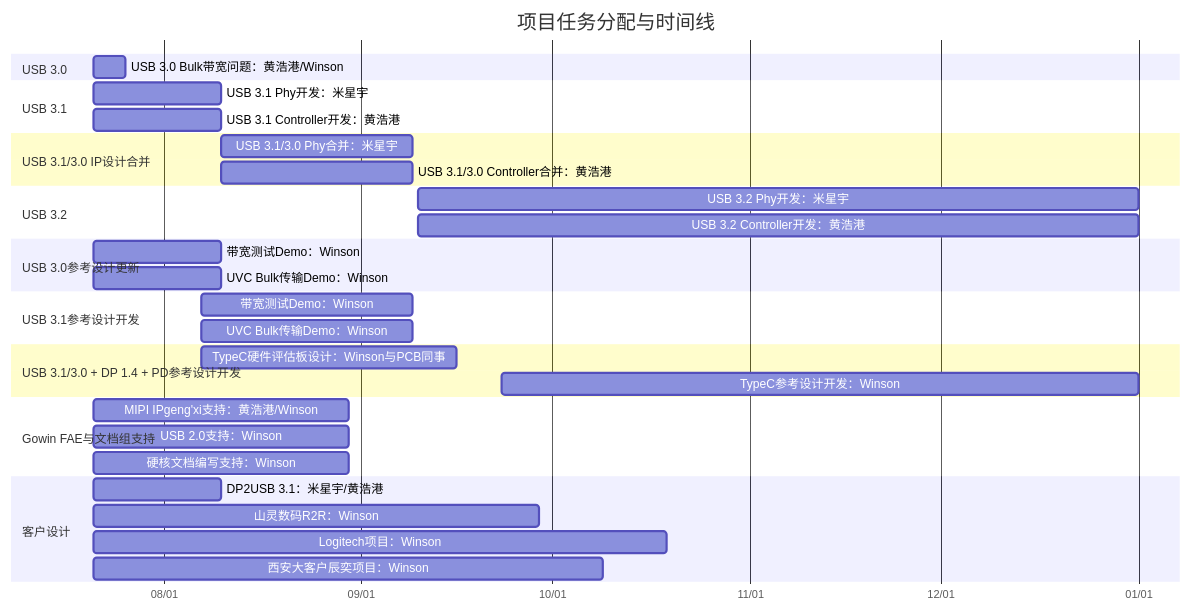
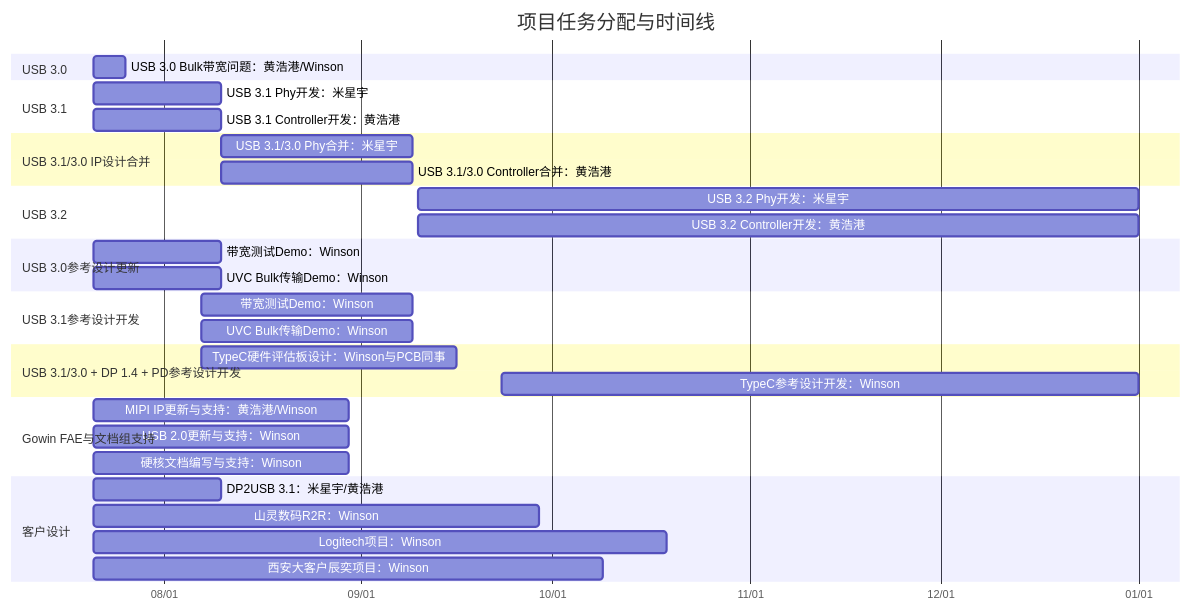
One commit to winsonbook/iodraw-files changed the diagram in all/未命名.md. Above: the diagram before and after it, drawn with Mermaid.

Commit message:
2025-07-21 10:37:04 update

````diff
--- a/all/未命名.md
+++ b/all/未命名.md
@@ -1,44 +1,44 @@
 ```mermaid
 gantt
     title 项目任务分配与时间线
     dateFormat  YYYY-MM-DD
     axisFormat  %m/%d
 
     section USB 3.0
     USB 3.0 Bulk带宽问题：黄浩港/Winson   :    task1, 2025-07-21, 5d
 
     section USB 3.1
     USB 3.1 Phy开发：米星宇      :         task2, 2025-07-21, 20d
     USB 3.1 Controller开发：黄浩港      :  task3, 2025-07-21, 20d
 
     section USB 3.1/3.0 IP设计合并
     USB 3.1/3.0 Phy合并：米星宇       :    task4, 2025-08-10, 30d
     USB 3.1/3.0 Controller合并：黄浩港:    task5, 2025-08-10, 30d
 
     section USB 3.2
     USB 3.2 Phy开发：米星宇      :         task2, 2025-09-10, 113d
     USB 3.2 Controller开发：黄浩港      :  task3, 2025-09-10, 113d
 
     section USB 3.0参考设计更新
     带宽测试Demo：Winson       :         task6, 2025-07-21, 20d
     UVC Bulk传输Demo：Winson   :        task7, 2025-07-21, 20d
 
     section USB 3.1参考设计开发
     带宽测试Demo：Winson       :         task8, 2025-08-07, 33d
     UVC Bulk传输Demo：Winson   :         task9, 2025-08-07, 33d
 
     section USB 3.1/3.0 + DP 1.4 + PD参考设计开发
     TypeC硬件评估板设计：Winson与PCB同事       :         task10, 2025-08-07, 40d
     TypeC参考设计开发：Winson   :         task11, 2025-09-23, 100d
 
     section Gowin FAE与文档组支持
-    MIPI IPgeng'xi支持：黄浩港/Winson :       task16, 2025-07-21, 40d
-    USB 2.0支持：Winson :             task17, 2025-07-21, 40d
-    硬核文档编写支持：Winson :         task18, 2025-07-21, 40d
+    MIPI IP更新与支持：黄浩港/Winson :       task16, 2025-07-21, 40d
+    USB 2.0更新与支持：Winson :             task17, 2025-07-21, 40d
+    硬核文档编写与支持：Winson :         task18, 2025-07-21, 40d
 
     section 客户设计
     DP2USB 3.1：米星宇/黄浩港      :task12, 2025-07-21, 20d
     山灵数码R2R：Winson :             task13, 2025-07-21, 70d
     Logitech项目：Winson :            task14, 2025-07-21, 90d
     西安大客户辰奕项目：Winson :       task15, 2025-07-21, 80d
 ```
````
